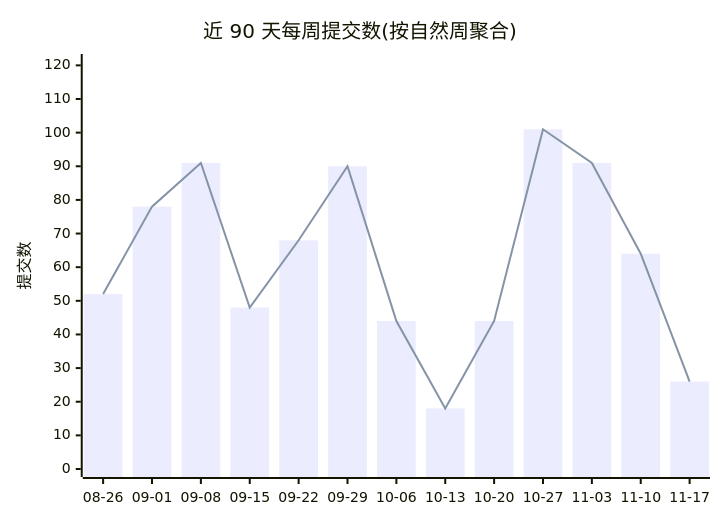
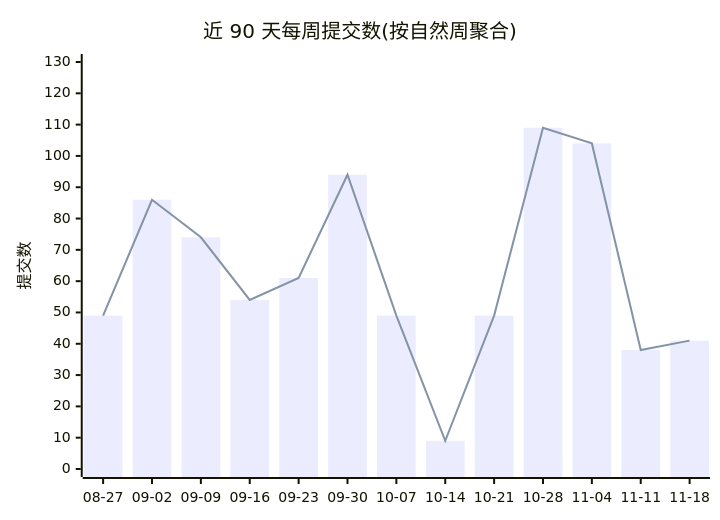
One commit to Conflux-Union/.github changed the first of 2 diagrams in profile/README.md. Above: the diagram before and after it, drawn with Mermaid. The commit also changed other lines of this file and 1 other file, not shown here.

````diff
--- a/profile/README.md
+++ b/profile/README.md
@@ -47,8 +47,8 @@
 ```mermaid
 xychart-beta
     title "近 90 天每周提交数(按自然周聚合)"
-    x-axis ["08-26", "09-01", "09-08", "09-15", "09-22", "09-29", "10-06", "10-13", "10-20", "10-27", "11-03", "11-10", "11-17"]
-    y-axis "提交数" 0 --> 121
-    bar [52, 78, 91, 48, 68, 90, 44, 18, 44, 101, 91, 64, 26]
-    line [52, 78, 91, 48, 68, 90, 44, 18, 44, 101, 91, 64, 26]
+    x-axis ["08-27", "09-02", "09-09", "09-16", "09-23", "09-30", "10-07", "10-14", "10-21", "10-28", "11-04", "11-11", "11-18"]
+    y-axis "提交数" 0 --> 130
+    bar [49, 86, 74, 54, 61, 94, 49, 9, 49, 109, 104, 38, 41]
+    line [49, 86, 74, 54, 61, 94, 49, 9, 49, 109, 104, 38, 41]
 ```
````
